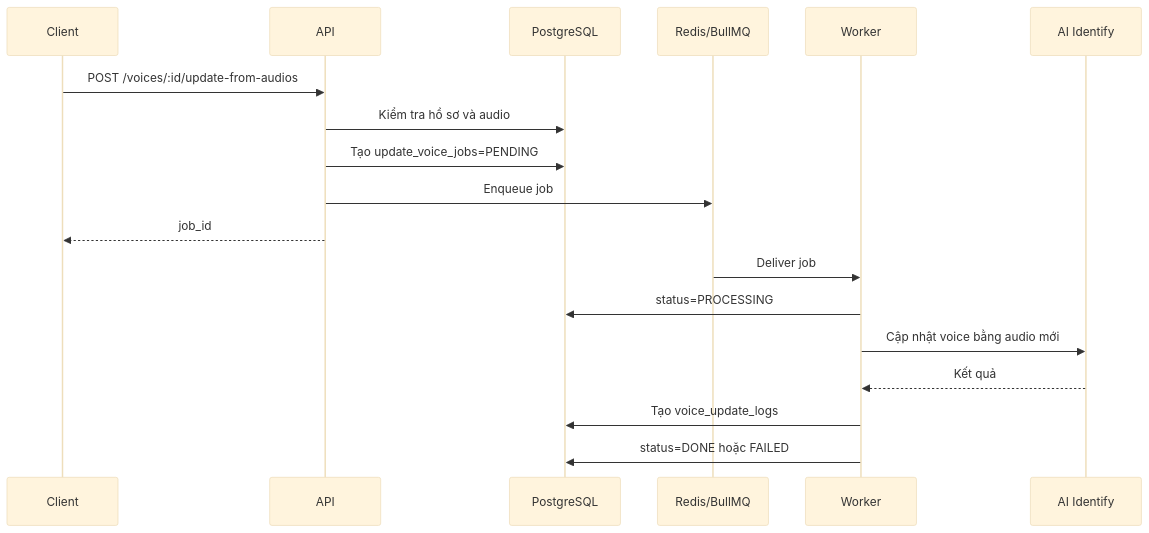
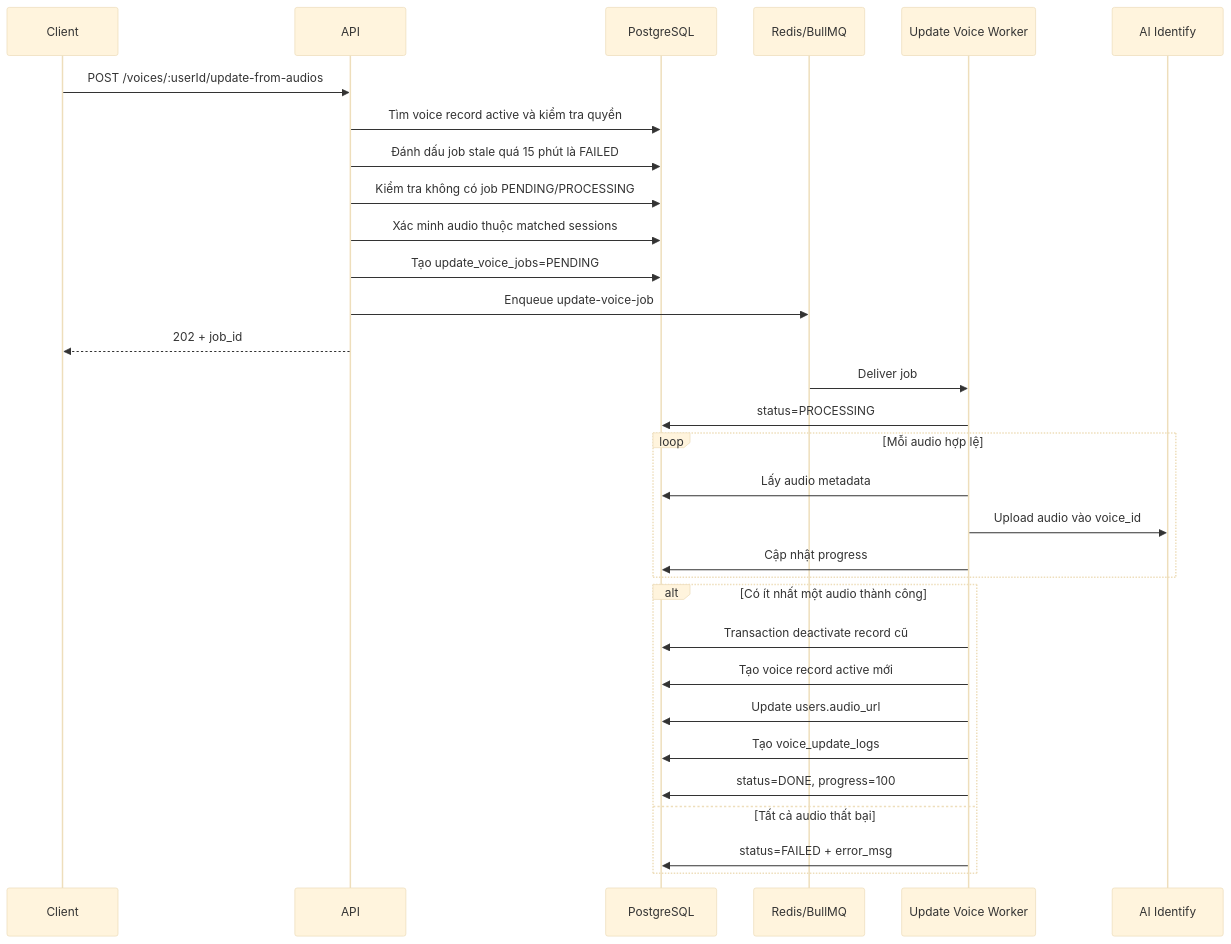
Diagram 16 of 29 in docs/architecture/data-flow.md (SSIT-joint-stock/identify-voice-base), drawn with Mermaid (base theme) before and after one commit. The commit also changed other lines of this file and 1 other file, not shown here.

Commit message:
docs: enhance data flow documentation with detailed coverage matrix and pipeline overview

````diff
--- a/docs/architecture/data-flow.md
+++ b/docs/architecture/data-flow.md
@@ -136,22 +450,37 @@
 ```mermaid
 sequenceDiagram
     participant C as Client
     participant A as API
     participant D as PostgreSQL
     participant R as Redis/BullMQ
-    participant W as Worker
+    participant W as Update Voice Worker
     participant AI as AI Identify
 
-    C->>A: POST /voices/:id/update-from-audios
-    A->>D: Kiểm tra hồ sơ và audio
+    C->>A: POST /voices/:userId/update-from-audios
+    A->>D: Tìm voice record active và kiểm tra quyền
+    A->>D: Đánh dấu job stale quá 15 phút là FAILED
+    A->>D: Kiểm tra không có job PENDING/PROCESSING
+    A->>D: Xác minh audio thuộc matched sessions
     A->>D: Tạo update_voice_jobs=PENDING
-    A->>R: Enqueue job
-    A-->>C: job_id
+    A->>R: Enqueue update-voice-job
+    A-->>C: 202 + job_id
 
     R->>W: Deliver job
     W->>D: status=PROCESSING
-    W->>AI: Cập nhật voice bằng audio mới
-    AI-->>W: Kết quả
-    W->>D: Tạo voice_update_logs
-    W->>D: status=DONE hoặc FAILED
+
+    loop Mỗi audio hợp lệ
+        W->>D: Lấy audio metadata
+        W->>AI: Upload audio vào voice_id
+        W->>D: Cập nhật progress
+    end
+
+    alt Có ít nhất một audio thành công
+        W->>D: Transaction deactivate record cũ
+        W->>D: Tạo voice record active mới
+        W->>D: Update users.audio_url
+        W->>D: Tạo voice_update_logs
+        W->>D: status=DONE, progress=100
+    else Tất cả audio thất bại
+        W->>D: status=FAILED + error_msg
+    end
 ```
````
